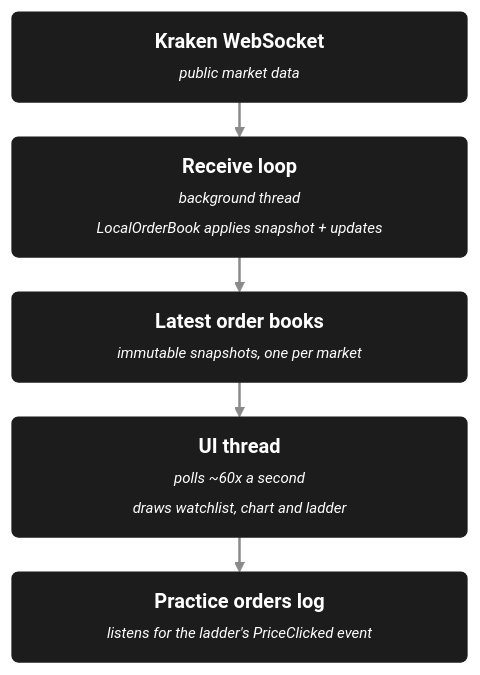
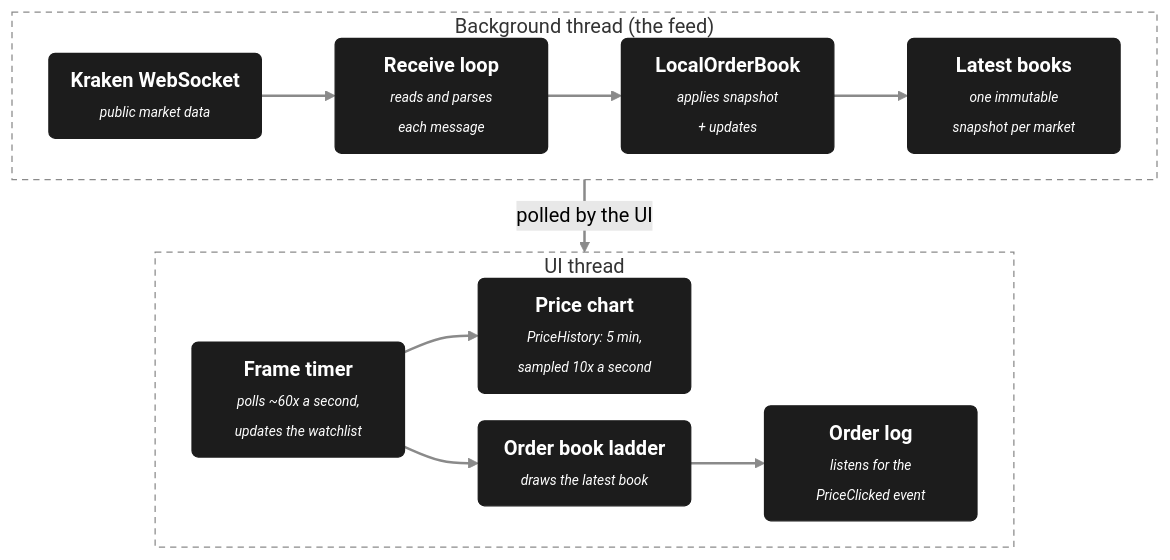
Before and after one commit to Jackieson888/TradingApp: the diagram in README.md, drawn with Mermaid (forest theme). The commit also changed other lines of this file and 23 other files, not shown here.

````diff
--- a/README.md
+++ b/README.md
@@ -37,15 +38,30 @@
 ```mermaid
-%%{init: {"flowchart": {"nodeSpacing": 24, "rankSpacing": 28, "padding": 12, "wrappingWidth": 380}}}%%
+%%{init: {"flowchart": {"nodeSpacing": 22, "rankSpacing": 34, "padding": 10, "wrappingWidth": 300}}}%%
 flowchart TB
-    K("<div style='width:340px'><b>Kraken WebSocket</b><br/><i style='font-size:12px'>public market data</i></div>")
-    R("<div style='width:340px'><b>Receive loop</b><br/><i style='font-size:12px'>background thread<br/>LocalOrderBook applies snapshot + updates</i></div>")
-    S("<div style='width:340px'><b>Latest order books</b><br/><i style='font-size:12px'>immutable snapshots, one per market</i></div>")
-    U("<div style='width:340px'><b>UI thread</b><br/><i style='font-size:12px'>polls ~60x a second<br/>draws watchlist, chart and ladder</i></div>")
-    B("<div style='width:340px'><b>Practice orders log</b><br/><i style='font-size:12px'>listens for the ladder's PriceClicked event</i></div>")
+    subgraph FEED["Background thread (the feed)"]
+        direction LR
+        K("<div style='width:150px'><b>Kraken WebSocket</b><br/><i style='font-size:11px'>public market data</i></div>")
+        R("<div style='width:150px'><b>Receive loop</b><br/><i style='font-size:11px'>reads and parses<br/>each message</i></div>")
+        L("<div style='width:150px'><b>LocalOrderBook</b><br/><i style='font-size:11px'>applies snapshot<br/>+ updates</i></div>")
+        S("<div style='width:150px'><b>Latest books</b><br/><i style='font-size:11px'>one immutable<br/>snapshot per market</i></div>")
+        K --> R --> L --> S
+    end
 
-    K --> R --> S --> U --> B
+    subgraph UI["UI thread"]
+        direction LR
+        T("<div style='width:150px'><b>Frame timer</b><br/><i style='font-size:11px'>polls ~60x a second,<br/>updates the watchlist</i></div>")
+        C("<div style='width:150px'><b>Price chart</b><br/><i style='font-size:11px'>PriceHistory: 5 min,<br/>sampled 10x a second</i></div>")
+        D("<div style='width:150px'><b>Order book ladder</b><br/><i style='font-size:11px'>draws the latest book</i></div>")
+        B("<div style='width:150px'><b>Order log</b><br/><i style='font-size:11px'>listens for the<br/>PriceClicked event</i></div>")
+        T --> C
+        T --> D --> B
+    end
+
+    FEED -- "polled by the UI" --> UI
 
     classDef box fill:#1c1c1c,stroke:#1c1c1c,color:#ffffff,stroke-width:1px
-    class K,R,S,U,B box
+    class K,R,L,S,T,C,D,B box
+    style FEED fill:none,stroke:#8a8a8a,stroke-dasharray:5 4
+    style UI fill:none,stroke:#8a8a8a,stroke-dasharray:5 4
     linkStyle default stroke:#8a8a8a,stroke-width:2px
 ```
````
